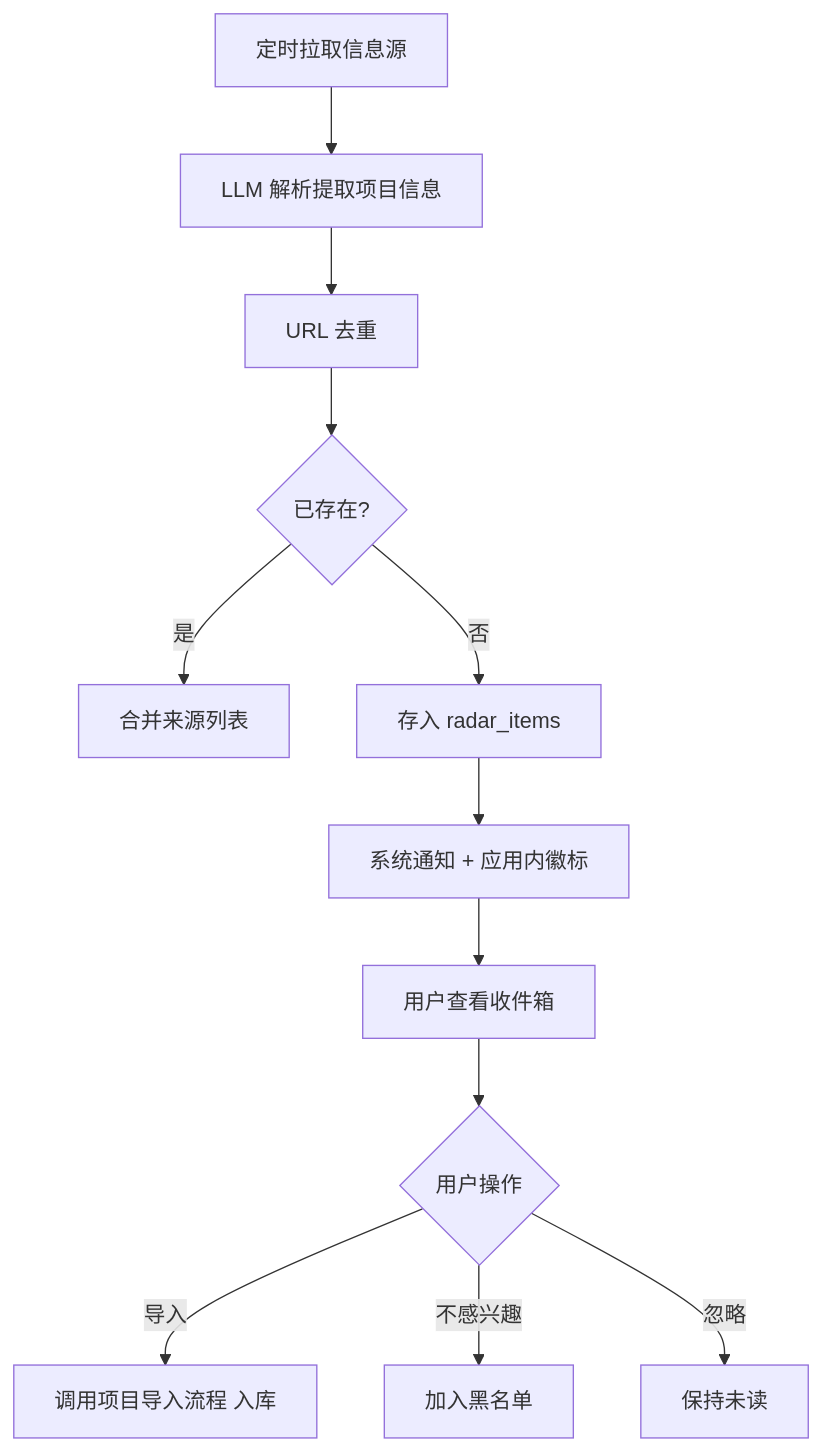
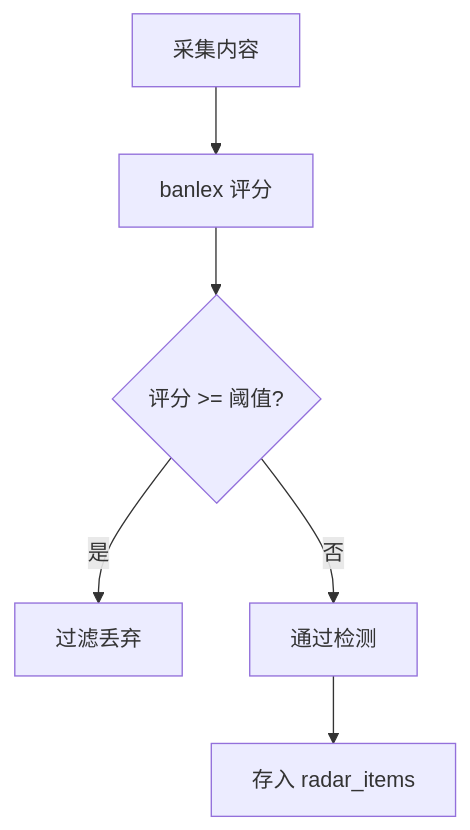
Before and after one commit to cpro1868/os_compass: the diagram in docs/需求确认文档.md, drawn with Mermaid. The commit also changed other lines of this file and 5 other files, not shown here.

````diff
--- a/docs/需求确认文档.md
+++ b/docs/需求确认文档.md
@@ -1412,14 +1446,8 @@
 ```mermaid
 flowchart TD
-    A[定时拉取信息源] --> B[LLM 解析提取项目信息]
-    B --> C[URL 去重]
-    C --> D{已存在?}
-    D -->|是| E[合并来源列表]
-    D -->|否| F[存入 radar_items]
-    F --> G[系统通知 + 应用内徽标]
-    G --> H[用户查看收件箱]
-    H --> I{用户操作}
-    I -->|导入| J[调用项目导入流程 入库]
-    I -->|不感兴趣| K[加入黑名单]
-    I -->|忽略| L[保持未读]
+    A[采集内容] --> B[banlex 评分]
+    B --> C{评分 >= 阈值?}
+    C -->|是| D[过滤丢弃]
+    C -->|否| E[通过检测]
+    E --> F[存入 radar_items]
 ```
````
